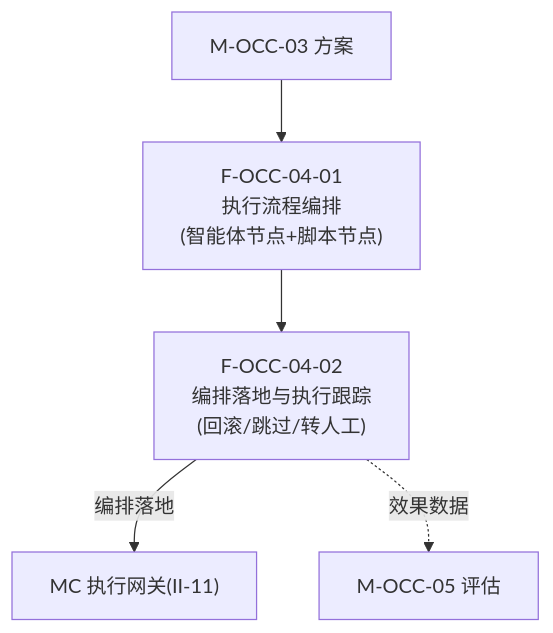
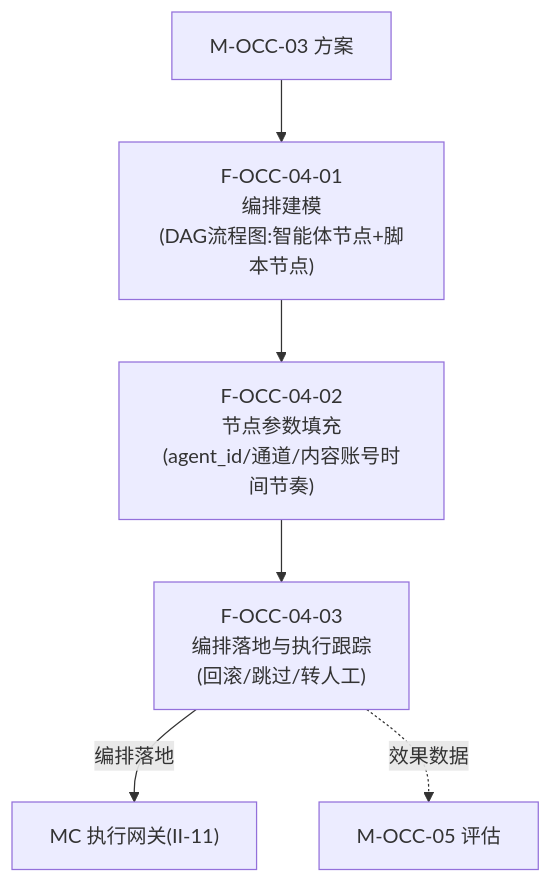
Before and after one commit to Sj-g/obsidian: diagram 32 of 47 in 公司项目/认知作战/文档/软件概要设计-架构图.md, drawn with Mermaid. The commit also changed 1 other file, not shown here.

Commit message:
vault backup: 2026-07-09 17:06:26

````diff
--- a/公司项目/认知作战/文档/软件概要设计-架构图.md
+++ b/公司项目/认知作战/文档/软件概要设计-架构图.md
@@ -721,10 +721,11 @@
 ```mermaid
 flowchart TB
-    F0401["F-OCC-04-01<br/>执行流程编排<br/>(智能体节点+脚本节点)"]
-    F0402["F-OCC-04-02<br/>编排落地与执行跟踪<br/>(回滚/跳过/转人工)"]
+    F0401["F-OCC-04-01<br/>编排建模<br/>(DAG流程图:智能体节点+脚本节点)"]
+    F0402["F-OCC-04-02<br/>节点参数填充<br/>(agent_id/通道/内容账号时间节奏)"]
+    F0403["F-OCC-04-03<br/>编排落地与执行跟踪<br/>(回滚/跳过/转人工)"]
 
-    F0401 --> F0402
+    F0401 --> F0402 --> F0403
     EXT["M-OCC-03 方案"] --> F0401
-    F0402 -->|"编排落地"| MC["MC 执行网关(II-11)"]
-    F0402 -.->|"效果数据"| EXT2["M-OCC-05 评估"]
+    F0403 -->|"编排落地"| MC["MC 执行网关(II-11)"]
+    F0403 -.->|"效果数据"| EXT2["M-OCC-05 评估"]
 ```
````
